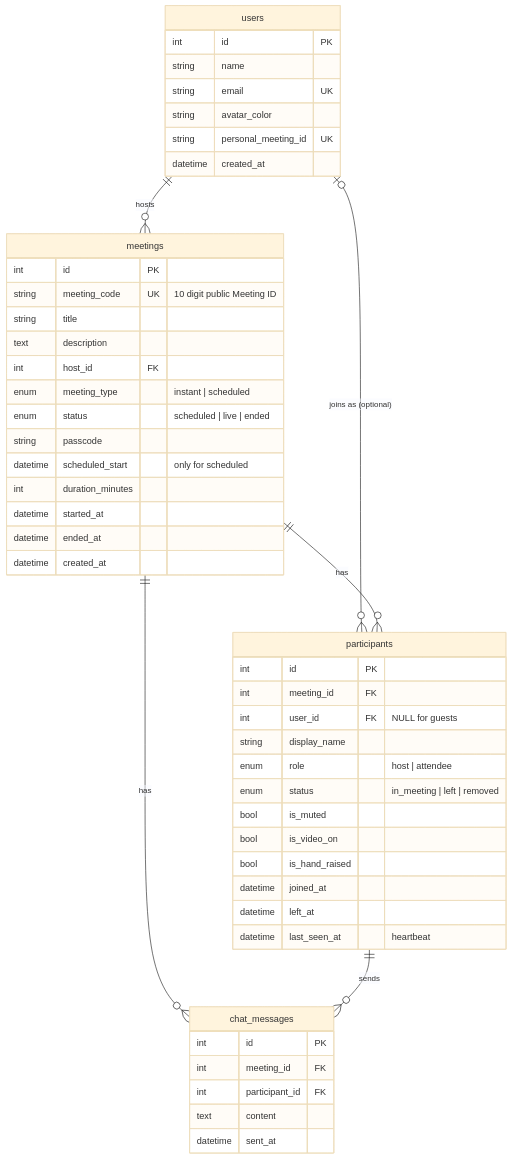
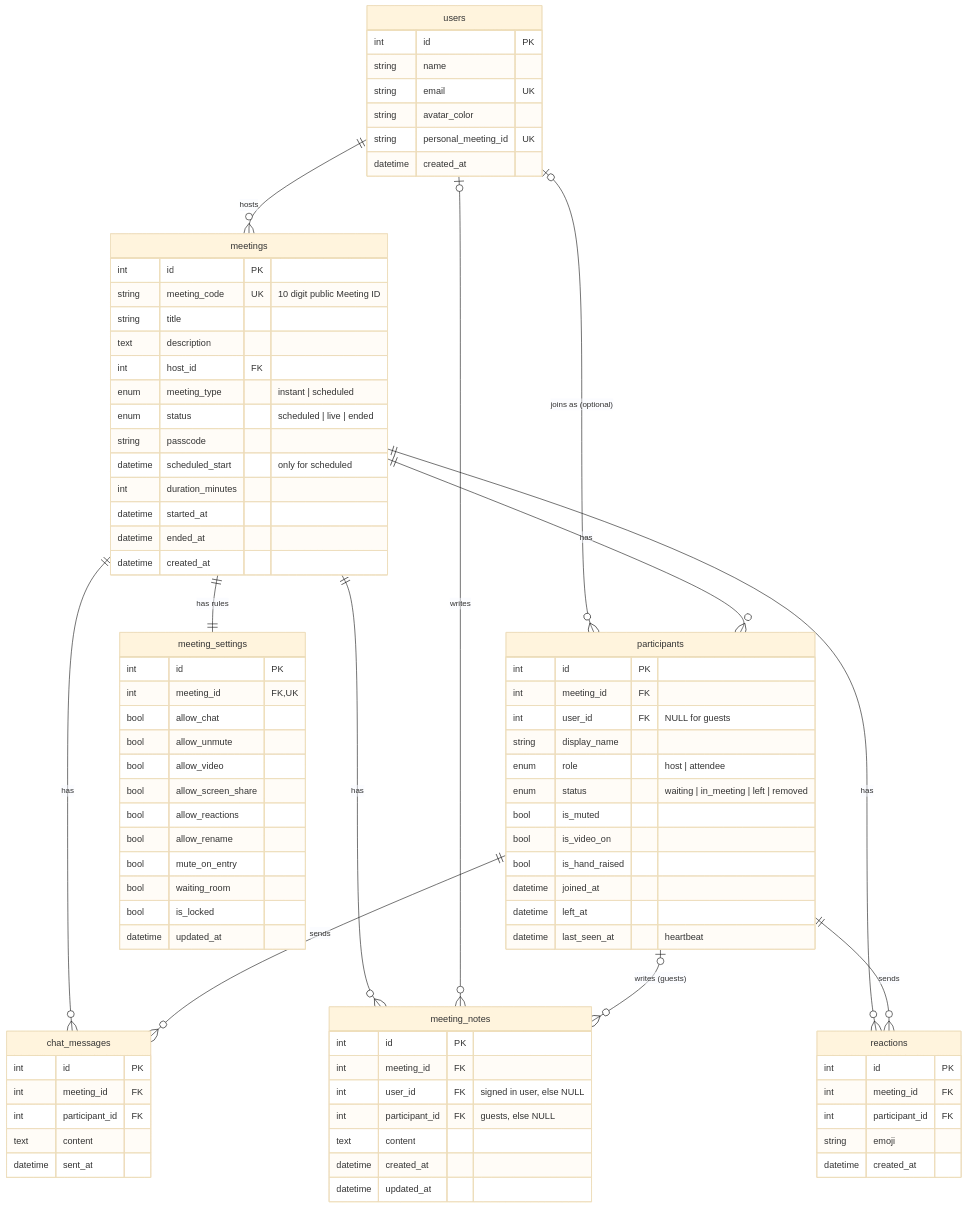
One commit to KrishRally/ScalerAI_zoom_clone changed the diagram in README.md. Above: the diagram before and after it, drawn with Mermaid (base theme). The commit also changed other lines of this file and 21 other files, not shown here.

First line of the commit message:
Add preview window, host tools, waiting room, notes and shared reactions to the app

````diff
--- a/README.md
+++ b/README.md
@@ -57,6 +70,12 @@
     meetings ||--o{ participants : has
     meetings ||--o{ chat_messages : has
     participants ||--o{ chat_messages : sends
+    meetings ||--|| meeting_settings : "has rules"
+    meetings ||--o{ meeting_notes : has
+    users |o--o{ meeting_notes : writes
+    participants |o--o{ meeting_notes : "writes (guests)"
+    meetings ||--o{ reactions : has
+    participants ||--o{ reactions : sends
 
     users {
         int id PK
@@ -87,7 +106,7 @@
         int user_id FK "NULL for guests"
         string display_name
         enum role "host | attendee"
-        enum status "in_meeting | left | removed"
+        enum status "waiting | in_meeting | left | removed"
         bool is_muted
         bool is_video_on
         bool is_hand_raised
@@ -102,4 +121,34 @@
         text content
         datetime sent_at
     }
+    meeting_settings {
+        int id PK
+        int meeting_id FK,UK
+        bool allow_chat
+        bool allow_unmute
+        bool allow_video
+        bool allow_screen_share
+        bool allow_reactions
+        bool allow_rename
+        bool mute_on_entry
+        bool waiting_room
+        bool is_locked
+        datetime updated_at
+    }
+    meeting_notes {
+        int id PK
+        int meeting_id FK
+        int user_id FK "signed in user, else NULL"
+        int participant_id FK "guests, else NULL"
+        text content
+        datetime created_at
+        datetime updated_at
+    }
+    reactions {
+        int id PK
+        int meeting_id FK
+        int participant_id FK
+        string emoji
+        datetime created_at
+    }
 ```
````
